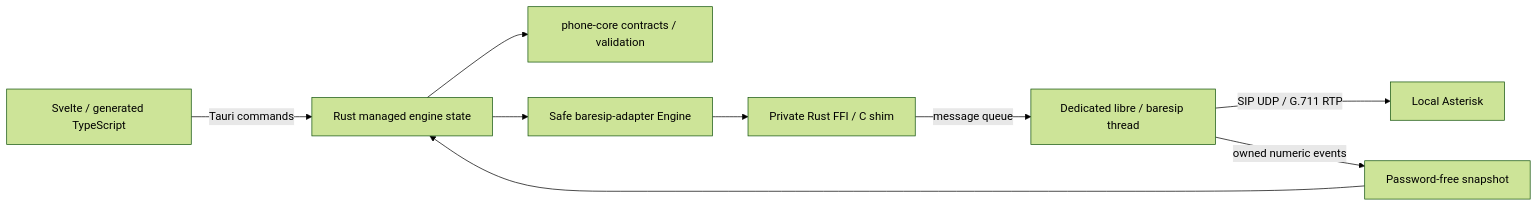
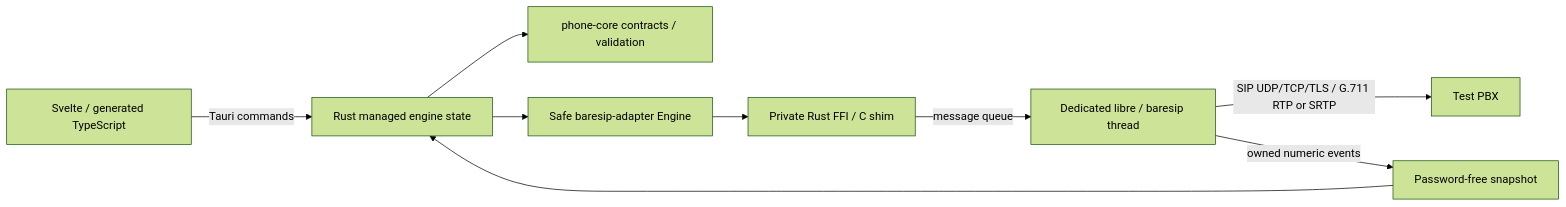
Before and after one commit to lucaschoeneberg/ruf: the diagram in docs/architecture.md, drawn with Mermaid (forest theme). The commit also changed other lines of this file and 116 other files, not shown here.

````diff
--- a/docs/architecture.md
+++ b/docs/architecture.md
@@ -8,11 +14,11 @@
 ```mermaid
 flowchart LR
     UI[Svelte / generated TypeScript] -->|Tauri commands| App[Rust managed engine state]
     App --> Core[phone-core contracts / validation]
     App --> Adapter[Safe baresip-adapter Engine]
     Adapter --> FFI[Private Rust FFI / C shim]
     FFI -->|message queue| Thread[Dedicated libre / baresip thread]
-    Thread -->|SIP UDP / G.711 RTP| PBX[Local Asterisk]
+    Thread -->|SIP UDP/TCP/TLS / G.711 RTP or SRTP| PBX[Test PBX]
     Thread -->|owned numeric events| State[Password-free snapshot]
     State --> App
 ```
````
